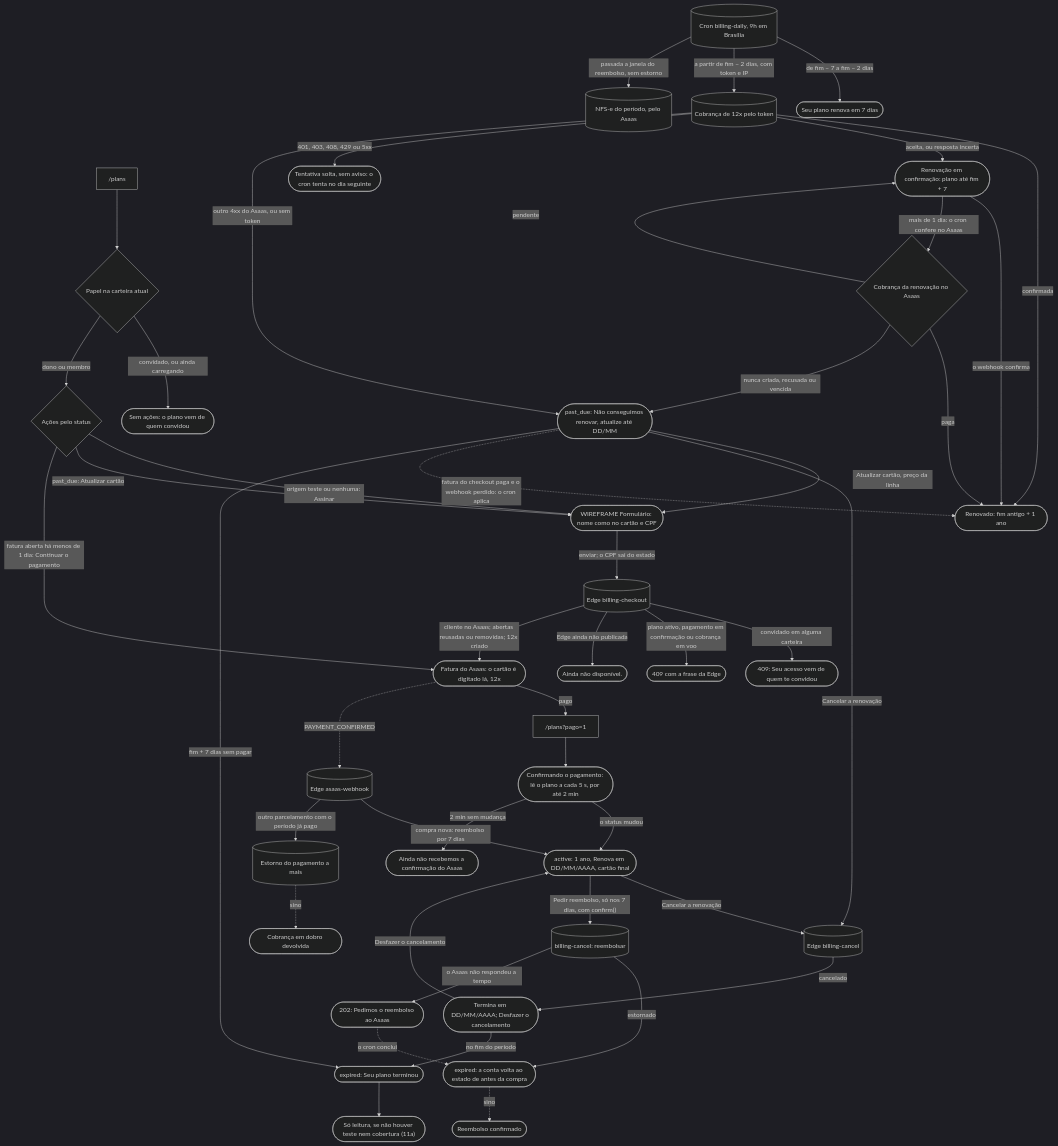
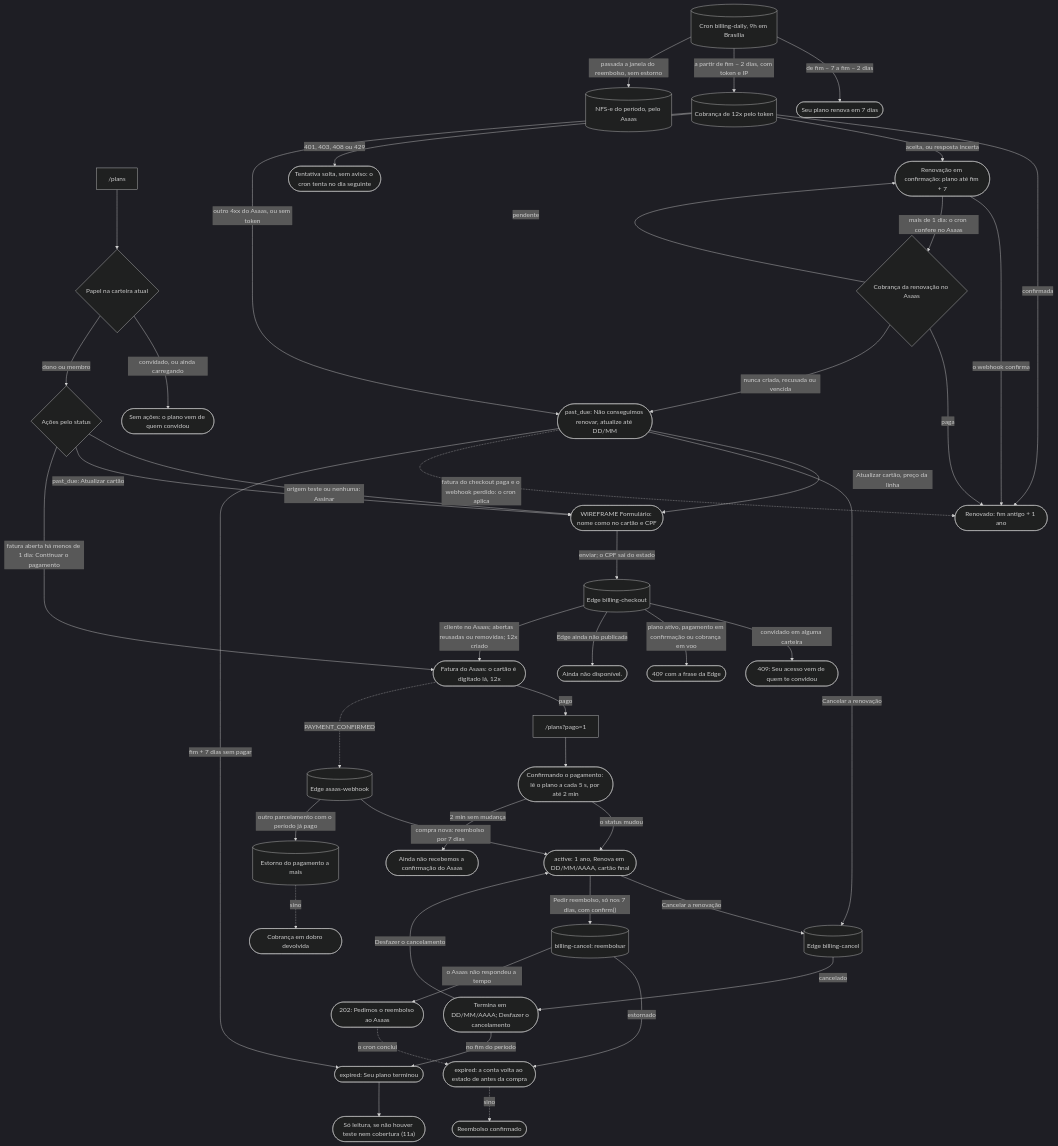
Before and after one commit to kauax2000/finance_app: diagram 17 of 30 in docs/JORNADAS.md, drawn with Mermaid. The commit also changed other lines of this file and 7 other files, not shown here.

````diff
--- a/docs/JORNADAS.md
+++ b/docs/JORNADAS.md
@@ -1290,51 +1290,51 @@
 ```mermaid
 %%{init: {"theme": "dark"}}%%
 flowchart TD
     plans["/plans"] --> who{"Papel na carteira atual"}
     who -->|"convidado, ou ainda carregando"| noAct(["Sem ações: o plano vem de quem convidou"])
     who -->|"dono ou membro"| acts{"Ações pelo status"}
     acts -->|"origem teste ou nenhuma: Assinar"| form(["WIREFRAME Formulário: nome como no cartão e CPF"])
     acts -->|"past_due: Atualizar cartão"| form
     acts -->|"fatura aberta há menos de 1 dia: Continuar o pagamento"| invoice(["Fatura do Asaas: o cartão é digitado lá, 12x"])
     form -->|"enviar; o CPF sai do estado"| checkout[("Edge billing-checkout")]
     checkout -->|"convidado em alguma carteira"| guest409(["409: Seu acesso vem de quem te convidou"])
     checkout -->|"plano ativo, pagamento em confirmação ou cobrança em voo"| busy409(["409 com a frase da Edge"])
     checkout -->|"Edge ainda não publicada"| notYet(["Ainda não disponível."])
     checkout -->|"cliente no Asaas; abertas reusadas ou removidas; 12x criado"| invoice
     invoice -->|"pago"| ret["/plans?pago=1"]
     ret --> poll(["Confirmando o pagamento: lê o plano a cada 5 s, por até 2 min"])
     poll -->|"o status mudou"| active(["active: 1 ano, Renova em DD/MM/AAAA, cartão final"])
     poll -->|"2 min sem mudança"| slow(["Ainda não recebemos a confirmação do Asaas"])
     invoice -.->|"PAYMENT_CONFIRMED"| hook[("Edge asaas-webhook")]
     hook -->|"compra nova: reembolso por 7 dias"| active
     hook -->|"outro parcelamento com o período já pago"| dup[("Estorno do pagamento a mais")]
     dup -.->|"sino"| dupMsg(["Cobrança em dobro devolvida"])
 
     active -->|"Cancelar a renovação"| cancel[("Edge billing-cancel")]
     cancel -->|"cancelado"| endsAt(["Termina em DD/MM/AAAA; Desfazer o cancelamento"])
     endsAt -->|"Desfazer o cancelamento"| active
     active -->|"Pedir reembolso, só nos 7 dias, com confirm()"| refund[("billing-cancel: reembolsar")]
     refund -->|"estornado"| refunded(["expired: a conta volta ao estado de antes da compra"])
     refund -->|"o Asaas não respondeu a tempo"| pend(["202: Pedimos o reembolso ao Asaas"])
     pend -.->|"o cron conclui"| refunded
     refunded -.->|"sino"| refMsg(["Reembolso confirmado"])
 
     daily[("Cron billing-daily, 9h em Brasília")] -->|"de fim − 7 a fim − 2 dias"| renewMsg(["Seu plano renova em 7 dias"])
     daily -->|"a partir de fim − 2 dias, com token e IP"| token[("Cobrança de 12x pelo token")]
     token -->|"confirmada"| renewed(["Renovado: fim antigo + 1 ano"])
     token -->|"aceita, ou resposta incerta"| waiting(["Renovação em confirmação: plano até fim + 7"])
     waiting -->|"o webhook confirma"| renewed
     waiting -->|"mais de 1 dia: o cron confere no Asaas"| check{"Cobrança da renovação no Asaas"}
     check -->|"paga"| renewed
     check -->|"nunca criada, recusada ou vencida"| pastDue
     check -->|"pendente"| waiting
-    token -->|"401, 403, 408, 429 ou 5xx"| solta(["Tentativa solta, sem aviso: o cron tenta no dia seguinte"])
+    token -->|"401, 403, 408 ou 429"| solta(["Tentativa solta, sem aviso: o cron tenta no dia seguinte"])
     token -->|"outro 4xx do Asaas, ou sem token"| pastDue(["past_due: Não conseguimos renovar, atualize até DD/MM"])
     pastDue -->|"Atualizar cartão, preço da linha"| form
     pastDue -->|"Cancelar a renovação"| cancel
     pastDue -.->|"fatura do checkout paga e o webhook perdido: o cron aplica"| renewed
     pastDue -->|"fim + 7 dias sem pagar"| over(["expired: Seu plano terminou"])
     endsAt -->|"no fim do período"| over
     over --> ro(["Só leitura, se não houver teste nem cobertura (11a)"])
     daily -->|"passada a janela do reembolso, sem estorno"| nfse[("NFS-e do período, pelo Asaas")]
 ```
````
